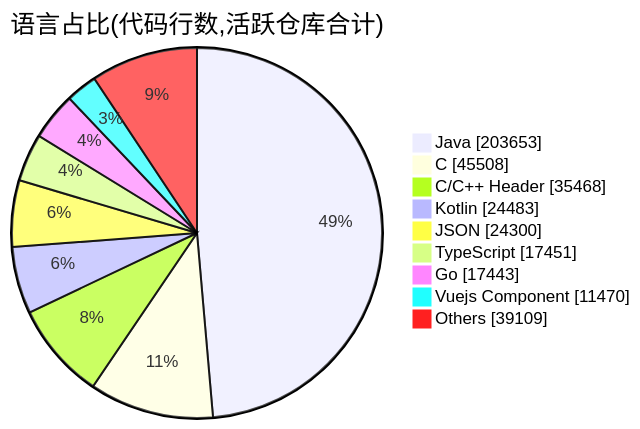
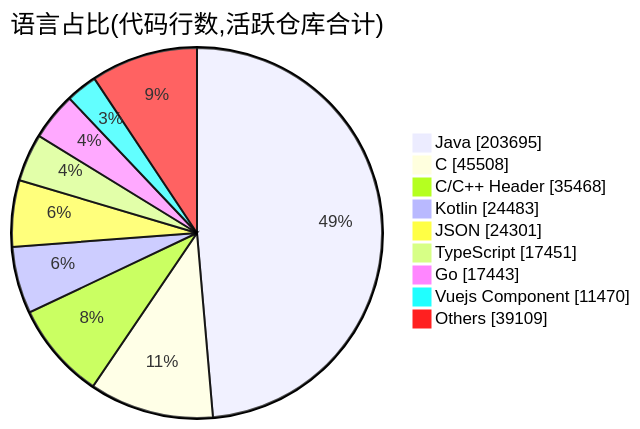
The second of 2 diagrams in profile/README.md (Conflux-Union/.github), drawn with Mermaid before and after one commit. The commit also changed other lines of this file and 1 other file, not shown here.

````diff
--- a/profile/README.md
+++ b/profile/README.md
@@ -82,13 +82,13 @@
 ```mermaid
 pie showData
     title 语言占比(代码行数,活跃仓库合计)
-    "Java" : 203653
+    "Java" : 203695
     "C" : 45508
     "C/C++ Header" : 35468
     "Kotlin" : 24483
-    "JSON" : 24300
+    "JSON" : 24301
     "TypeScript" : 17451
     "Go" : 17443
     "Vuejs Component" : 11470
     "Others" : 39109
 ```
````
